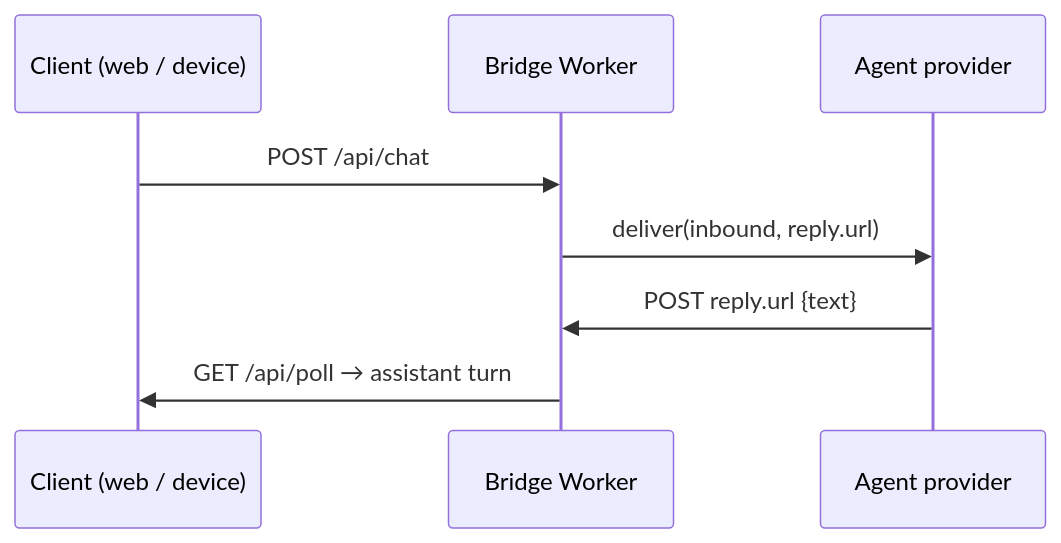
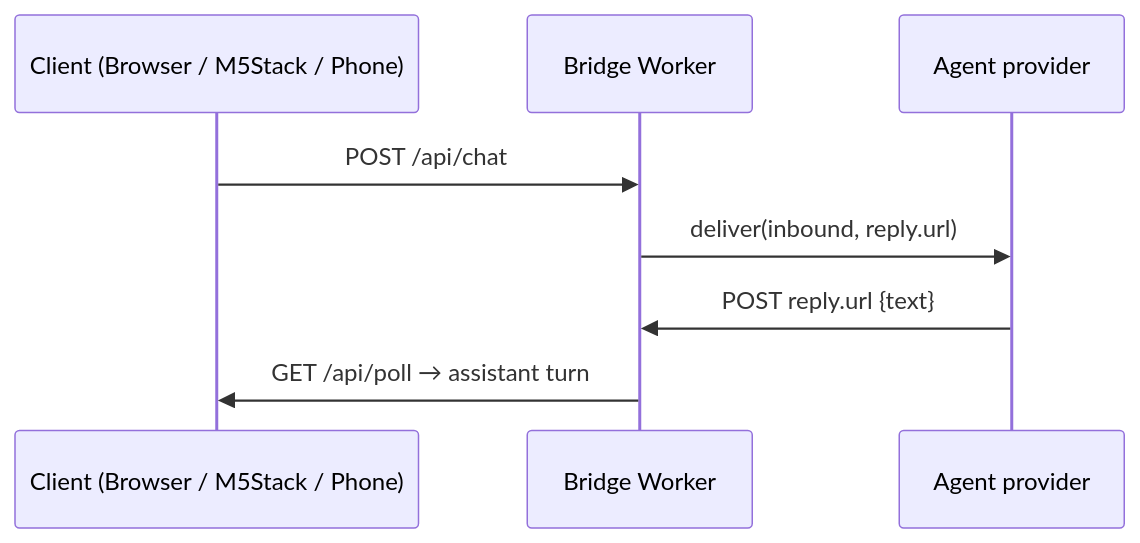
One commit to notedit/GrokChan changed the diagram in docs/architecture.md. Above: the diagram before and after it, drawn with Mermaid. The commit also changed other lines of this file and 6 other files, not shown here.

First line of the commit message:
docs: scaffold phone-use roadmap and placeholder

````diff
--- a/docs/architecture.md
+++ b/docs/architecture.md
@@ -29,10 +34,10 @@
 ```mermaid
 sequenceDiagram
-  participant C as Client (web / device)
+  participant C as Client (Browser / M5Stack / Phone)
   participant W as Bridge Worker
   participant A as Agent provider
   C->>W: POST /api/chat
   W->>A: deliver(inbound, reply.url)
   A->>W: POST reply.url {text}
   W->>C: GET /api/poll → assistant turn
 ```
````
